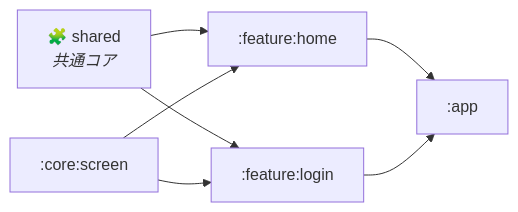
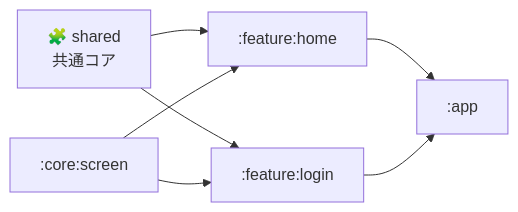
The second of 2 diagrams in README.md (yossibank/android-app-template), drawn with Mermaid before and after one commit. The commit also changed other lines of this file and 1 other file, not shown here.

Commit message:
Apply shared markdown conventions to README and CLAUDE.md

````diff
--- a/README.md
+++ b/README.md
@@ -38,14 +38,14 @@
 ```mermaid
 flowchart LR
-    SHARED["🧩 shared<br/><i>共通コア</i>"]
+    SHARED["🧩 shared<br/>共通コア"]
     SCREEN[":core:screen"]
     HOME[":feature:home"]
     LOGIN[":feature:login"]
     APP[":app"]
     SHARED --> HOME
     SCREEN --> HOME
     SHARED --> LOGIN
     SCREEN --> LOGIN
     HOME --> APP
     LOGIN --> APP
 ```
````
